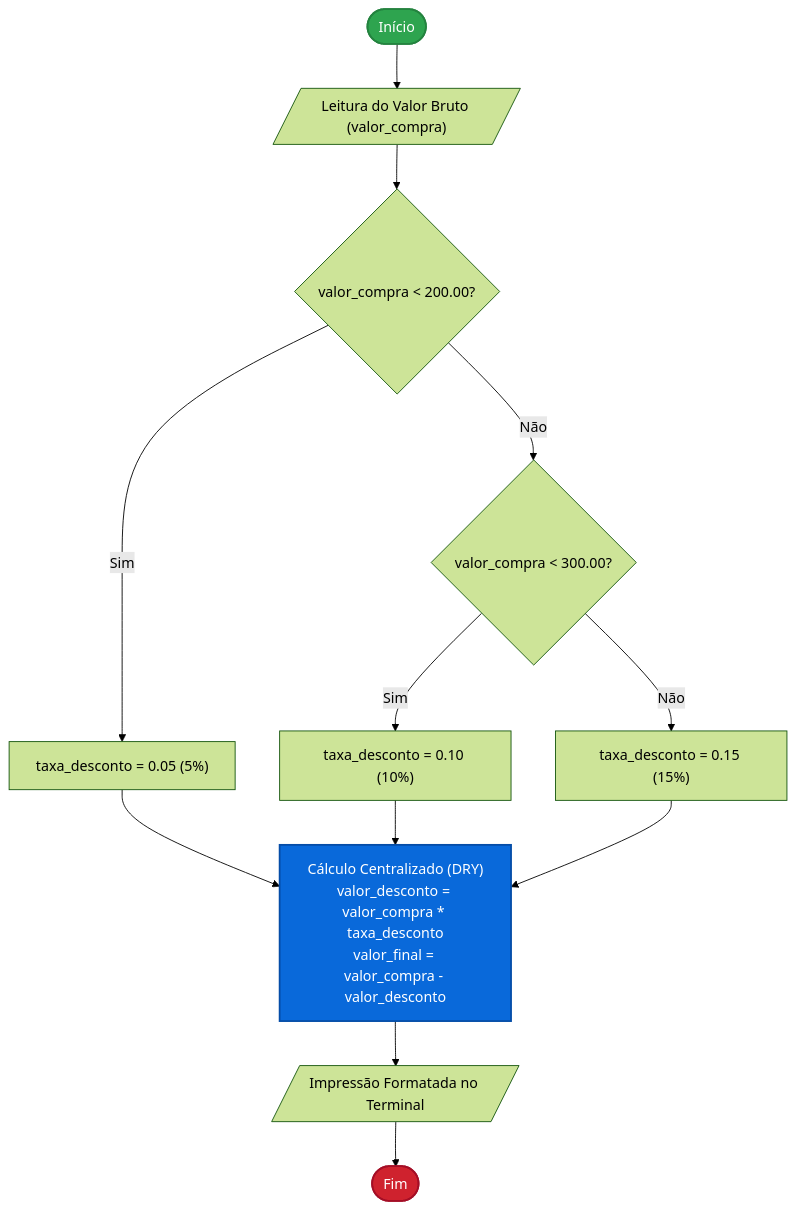
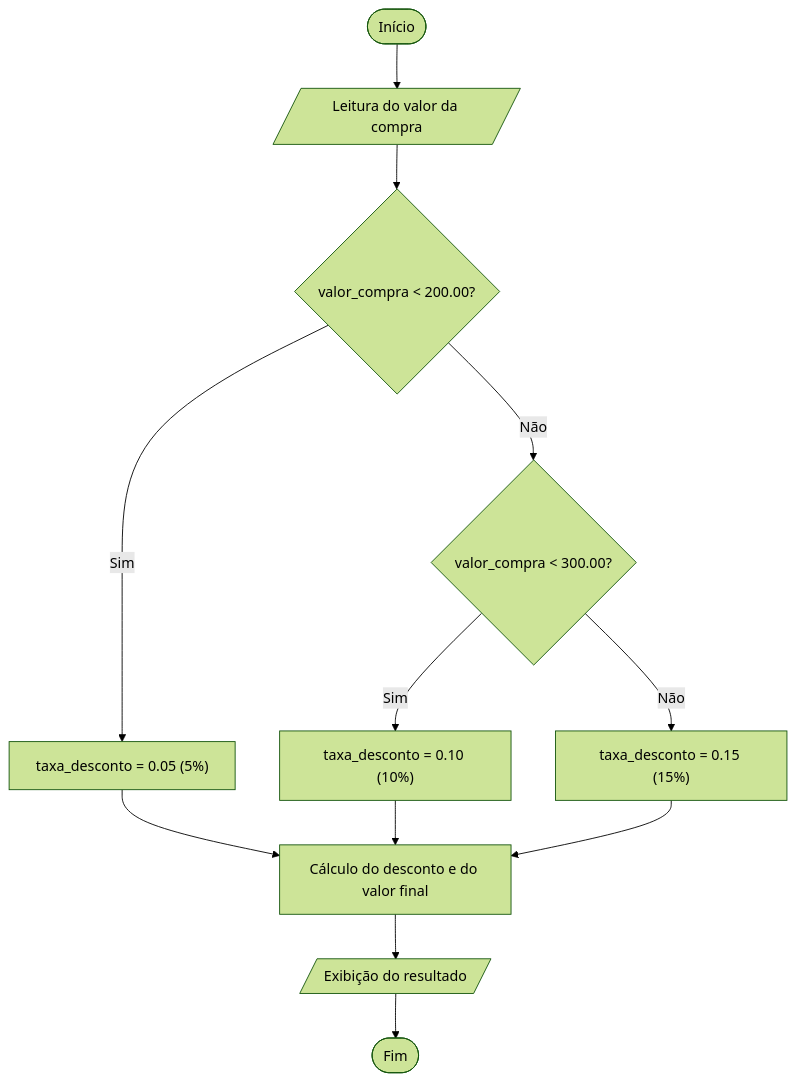
The diagram in README.md (gu1just1/etec-ds1-agenda06), drawn with Mermaid (forest theme) before and after one commit. The commit also changed other lines of this file, not shown here.

````diff
--- a/README.md
+++ b/README.md
@@ -37,22 +27,18 @@
 ```mermaid
 flowchart TD
-    Start(["Início"]) --> Input[/"Leitura do Valor Bruto (valor_compra)"/]
+    Start(["Início"]) --> Input[/"Leitura do valor da compra"/]
     Input --> C1{"valor_compra < 200.00?"}
-    
+
     C1 -- Sim --> D1["taxa_desconto = 0.05 (5%)"]
     C1 -- Não --> C2{"valor_compra < 300.00?"}
-    
+
     C2 -- Sim --> D2["taxa_desconto = 0.10 (10%)"]
     C2 -- Não --> D3["taxa_desconto = 0.15 (15%)"]
-    
-    D1 --> Calc["Cálculo Centralizado (DRY)<br>valor_desconto = valor_compra * taxa_desconto<br>valor_final = valor_compra - valor_desconto"]
+
+    D1 --> Calc["Cálculo do desconto e do valor final"]
     D2 --> Calc
     D3 --> Calc
-    
-    Calc --> Output[/"Impressão Formatada no Terminal"/]
+
+    Calc --> Output[/"Exibição do resultado"/]
     Output --> EndNode(["Fim"])
-
-    style Start fill:#2ea44f,stroke:#24833f,stroke-width:2px,color:#fff
-    style EndNode fill:#cf222e,stroke:#a40e26,stroke-width:2px,color:#fff
-    style Calc fill:#0969da,stroke:#054da7,stroke-width:2px,color:#fff
 ```
````
